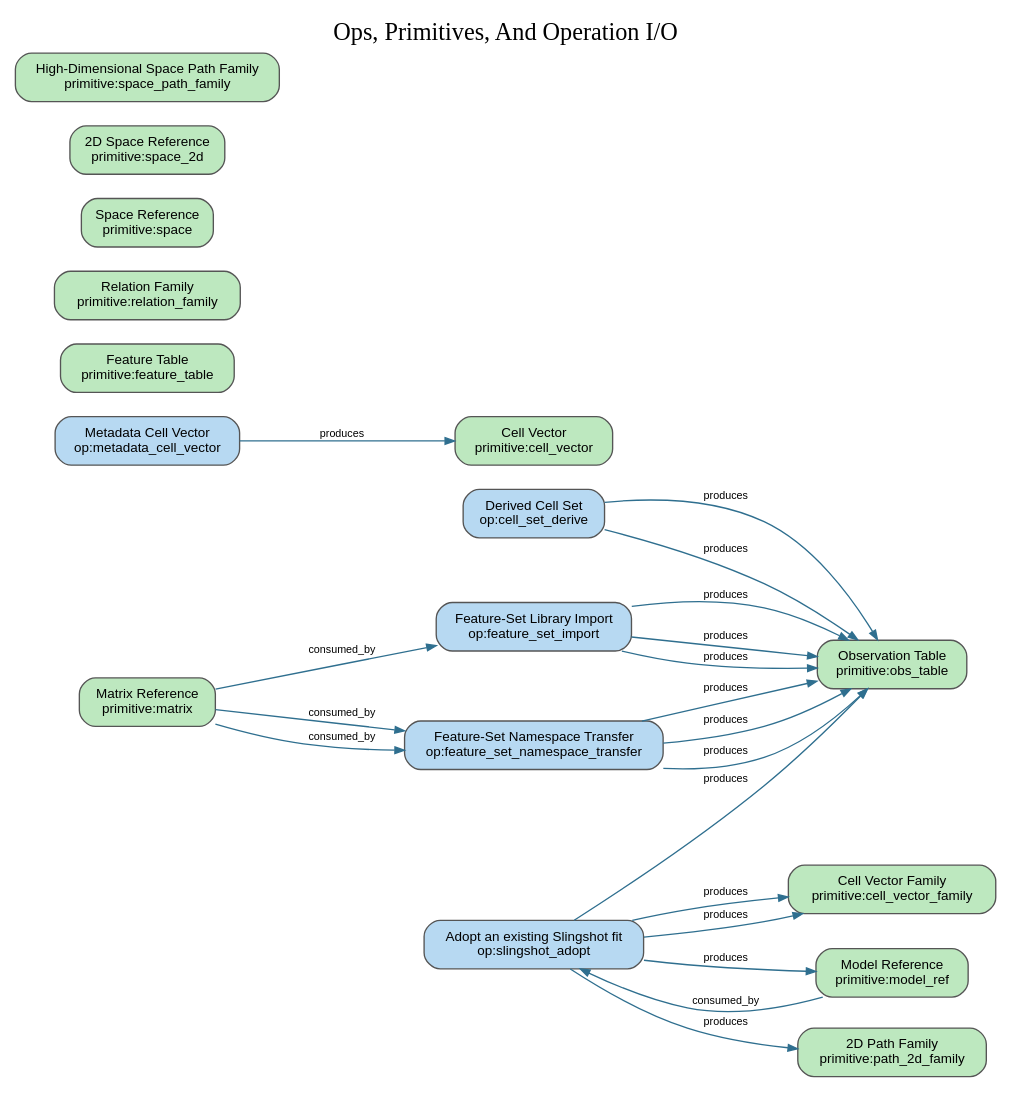
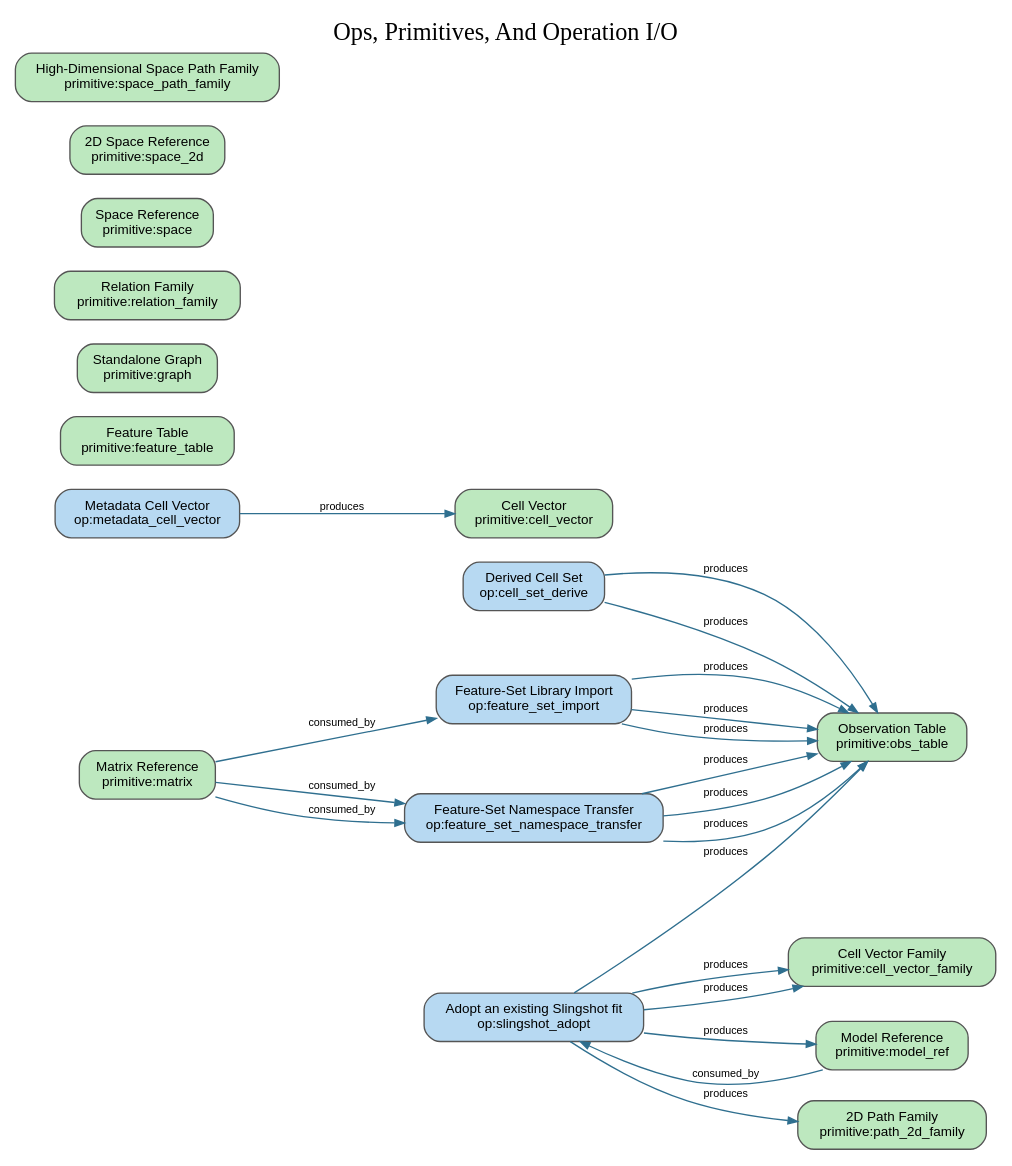
The diagram in docs/semantic_graphs/semantic_graph_ops_primitives.dot (Tingvall/scworkbench), drawn with Graphviz before and after one commit. The commit also changed 135 other files, not shown here.

Commit message:
Add graph SDK and combined-spill resource admission checkpoint

```diff
--- a/docs/semantic_graphs/semantic_graph_ops_primitives.dot
+++ b/docs/semantic_graphs/semantic_graph_ops_primitives.dot
@@ -1,42 +1,43 @@
 digraph scworkbench_semantic_graph {
   graph [rankdir=LR, overlap=false, splines=true, bgcolor="white"];
   node [shape=box, style="rounded,filled", fontname="Helvetica", fontsize=10, color="#555555"];
   edge [fontname="Helvetica", fontsize=8, arrowsize=0.7];
   label="Ops, Primitives, And Operation I/O";
   labelloc="t";
   fontsize=18;
   n1 [label="Derived Cell Set\nop:cell_set_derive", fillcolor="#b7d9f2"];
   n2 [label="Feature-Set Library Import\nop:feature_set_import", fillcolor="#b7d9f2"];
   n3 [label="Feature-Set Namespace Transfer\nop:feature_set_namespace_transfer", fillcolor="#b7d9f2"];
   n4 [label="Metadata Cell Vector\nop:metadata_cell_vector", fillcolor="#b7d9f2"];
   n5 [label="Adopt an existing Slingshot fit\nop:slingshot_adopt", fillcolor="#b7d9f2"];
   n6 [label="Cell Vector\nprimitive:cell_vector", fillcolor="#bde8bf"];
   n7 [label="Cell Vector Family\nprimitive:cell_vector_family", fillcolor="#bde8bf"];
   n8 [label="Feature Table\nprimitive:feature_table", fillcolor="#bde8bf"];
-  n9 [label="Matrix Reference\nprimitive:matrix", fillcolor="#bde8bf"];
-  n10 [label="Model Reference\nprimitive:model_ref", fillcolor="#bde8bf"];
-  n11 [label="Observation Table\nprimitive:obs_table", fillcolor="#bde8bf"];
-  n12 [label="2D Path Family\nprimitive:path_2d_family", fillcolor="#bde8bf"];
-  n13 [label="Relation Family\nprimitive:relation_family", fillcolor="#bde8bf"];
-  n14 [label="Space Reference\nprimitive:space", fillcolor="#bde8bf"];
-  n15 [label="2D Space Reference\nprimitive:space_2d", fillcolor="#bde8bf"];
-  n16 [label="High-Dimensional Space Path Family\nprimitive:space_path_family", fillcolor="#bde8bf"];
-  n9 -> n2 [label="consumed_by", color="#2f6f8f"];
-  n9 -> n3 [label="consumed_by", color="#2f6f8f"];
-  n9 -> n3 [label="consumed_by", color="#2f6f8f"];
-  n10 -> n5 [label="consumed_by", color="#2f6f8f"];
-  n1 -> n11 [label="produces", color="#2f6f8f"];
-  n1 -> n11 [label="produces", color="#2f6f8f"];
-  n2 -> n11 [label="produces", color="#2f6f8f"];
-  n2 -> n11 [label="produces", color="#2f6f8f"];
-  n2 -> n11 [label="produces", color="#2f6f8f"];
-  n3 -> n11 [label="produces", color="#2f6f8f"];
-  n3 -> n11 [label="produces", color="#2f6f8f"];
-  n3 -> n11 [label="produces", color="#2f6f8f"];
+  n9 [label="Standalone Graph\nprimitive:graph", fillcolor="#bde8bf"];
+  n10 [label="Matrix Reference\nprimitive:matrix", fillcolor="#bde8bf"];
+  n11 [label="Model Reference\nprimitive:model_ref", fillcolor="#bde8bf"];
+  n12 [label="Observation Table\nprimitive:obs_table", fillcolor="#bde8bf"];
+  n13 [label="2D Path Family\nprimitive:path_2d_family", fillcolor="#bde8bf"];
+  n14 [label="Relation Family\nprimitive:relation_family", fillcolor="#bde8bf"];
+  n15 [label="Space Reference\nprimitive:space", fillcolor="#bde8bf"];
+  n16 [label="2D Space Reference\nprimitive:space_2d", fillcolor="#bde8bf"];
+  n17 [label="High-Dimensional Space Path Family\nprimitive:space_path_family", fillcolor="#bde8bf"];
+  n10 -> n2 [label="consumed_by", color="#2f6f8f"];
+  n10 -> n3 [label="consumed_by", color="#2f6f8f"];
+  n10 -> n3 [label="consumed_by", color="#2f6f8f"];
+  n11 -> n5 [label="consumed_by", color="#2f6f8f"];
+  n1 -> n12 [label="produces", color="#2f6f8f"];
+  n1 -> n12 [label="produces", color="#2f6f8f"];
+  n2 -> n12 [label="produces", color="#2f6f8f"];
+  n2 -> n12 [label="produces", color="#2f6f8f"];
+  n2 -> n12 [label="produces", color="#2f6f8f"];
+  n3 -> n12 [label="produces", color="#2f6f8f"];
+  n3 -> n12 [label="produces", color="#2f6f8f"];
+  n3 -> n12 [label="produces", color="#2f6f8f"];
   n4 -> n6 [label="produces", color="#2f6f8f"];
   n5 -> n7 [label="produces", color="#2f6f8f"];
   n5 -> n7 [label="produces", color="#2f6f8f"];
-  n5 -> n10 [label="produces", color="#2f6f8f"];
   n5 -> n11 [label="produces", color="#2f6f8f"];
   n5 -> n12 [label="produces", color="#2f6f8f"];
+  n5 -> n13 [label="produces", color="#2f6f8f"];
 }
```
